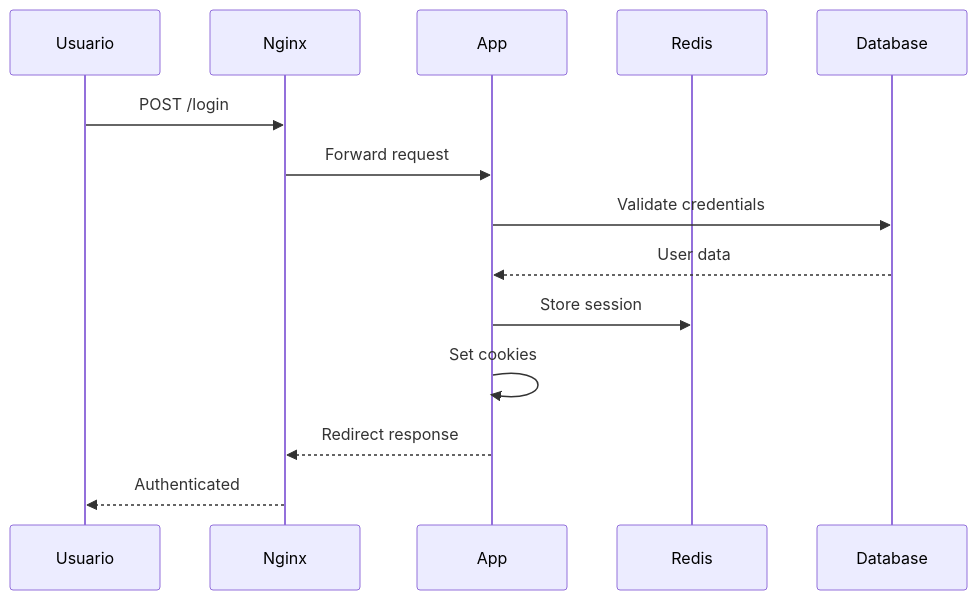
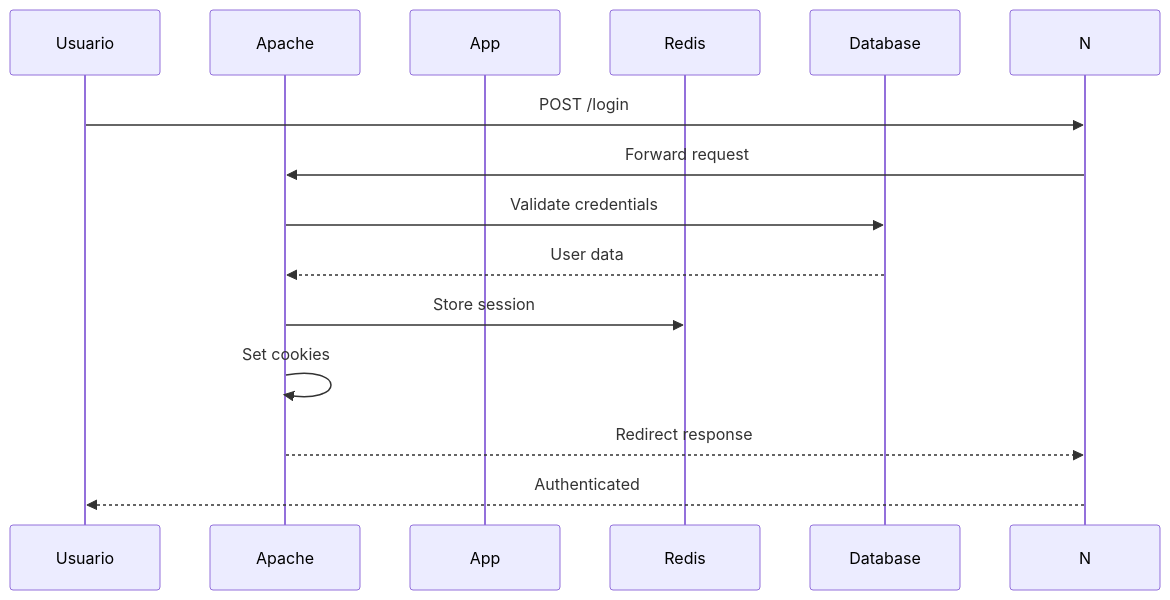
Before and after one commit to aka-titesen/yaguarete-camp: the first of 2 diagrams in docs/architecture/overview.md, drawn with Mermaid. The commit also changed other lines of this file and 67 other files, not shown here.

Commit message:
fix: cambiar nginx por apache

````diff
--- a/docs/architecture/overview.md
+++ b/docs/architecture/overview.md
@@ -191,17 +191,17 @@
 ```mermaid
 sequenceDiagram
     participant U as Usuario
-    participant N as Nginx
-    participant A as App
+    participant A as Apache
+    participant P as App
     participant R as Redis
     participant D as Database
 
     U->>N: POST /login
     N->>A: Forward request
     A->>D: Validate credentials
     D-->>A: User data
     A->>R: Store session
     A->>A: Set cookies
     A-->>N: Redirect response
     N-->>U: Authenticated
 ```
````
